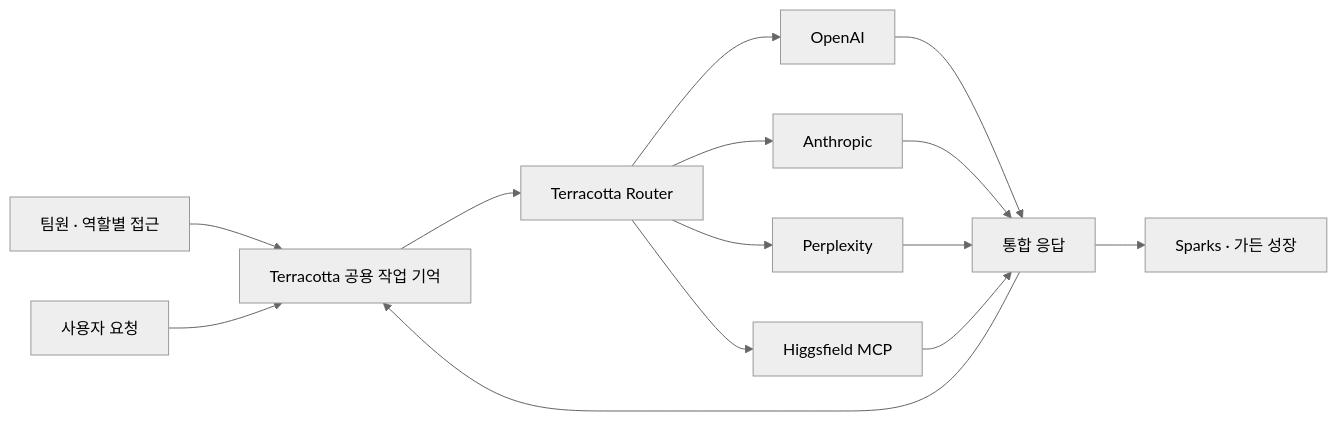
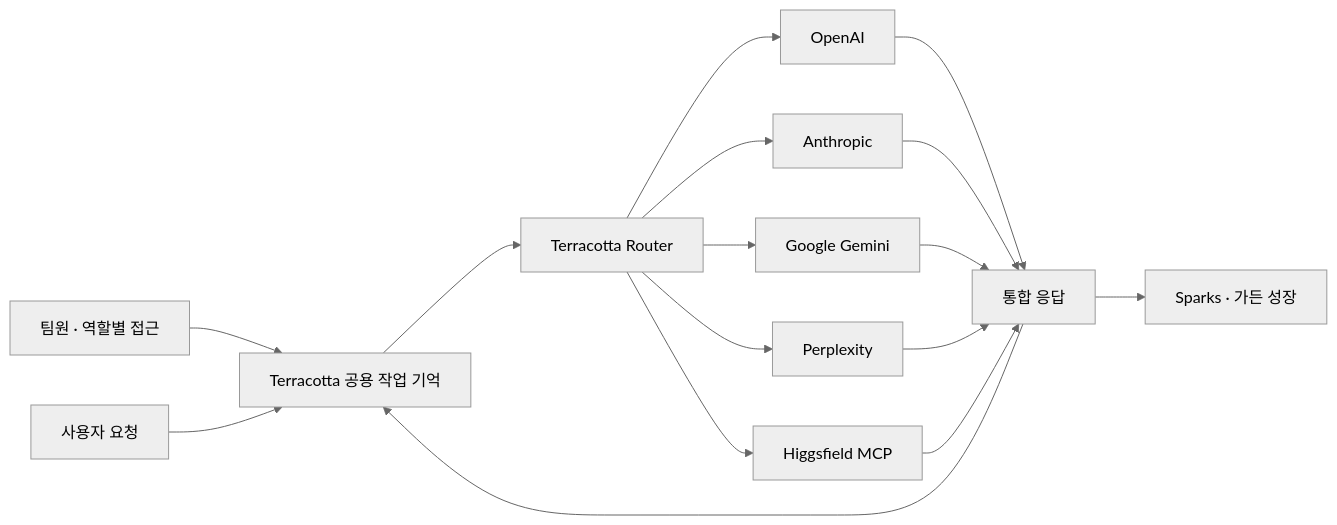
Before and after one commit to hyunaeee/terracotta: the diagram in README.md, drawn with Mermaid (neutral theme). The commit also changed other lines of this file and 27 other files, not shown here.

````diff
--- a/README.md
+++ b/README.md
@@ -51,16 +53,18 @@
 ```mermaid
 flowchart LR
   T["팀원 · 역할별 접근"] --> M["Terracotta 공용 작업 기억"]
   U["사용자 요청"] --> M
   M --> R["Terracotta Router"]
   R --> O["OpenAI"]
   R --> A["Anthropic"]
+  R --> G["Google Gemini"]
   R --> P["Perplexity"]
   R --> H["Higgsfield MCP"]
   O --> C["통합 응답"]
   A --> C
+  G --> C
   P --> C
   H --> C
   C --> M
   C --> S["Sparks · 가든 성장"]
 ```
````
